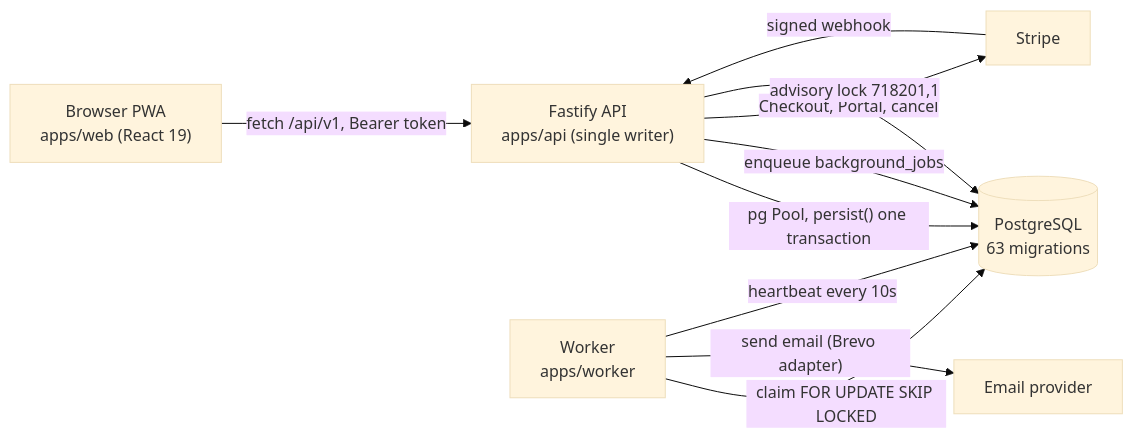
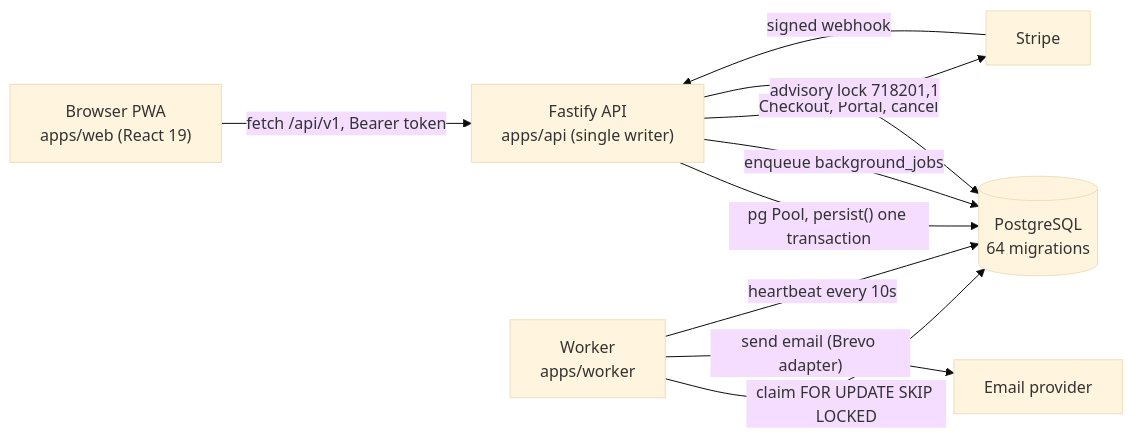
The first of 7 diagrams in docs/system-model/02-flows.md (yhsomani/talentsphere-complete), drawn with Mermaid (base theme) before and after one commit. The commit also changed 13 other files, not shown here.

````diff
--- a/docs/system-model/02-flows.md
+++ b/docs/system-model/02-flows.md
@@ -15,12 +15,12 @@
 ```mermaid
 flowchart LR
   Browser["Browser PWA<br/>apps/web (React 19)"] -->|"fetch /api/v1, Bearer token"| API["Fastify API<br/>apps/api (single writer)"]
-  API -->|"pg Pool, persist() one transaction"| PG[("PostgreSQL<br/>63 migrations")]
+  API -->|"pg Pool, persist() one transaction"| PG[("PostgreSQL<br/>64 migrations")]
   API -->|"enqueue background_jobs"| PG
   Worker["Worker<br/>apps/worker"] -->|"claim FOR UPDATE SKIP LOCKED"| PG
   Worker -->|"send email (Brevo adapter)"| Mail["Email provider"]
   API -->|"Checkout, Portal, cancel"| Stripe["Stripe"]
   Stripe -->|"signed webhook"| API
   Worker -->|"heartbeat every 10s"| PG
   API -->|"advisory lock 718201,1"| PG
 ```
````
